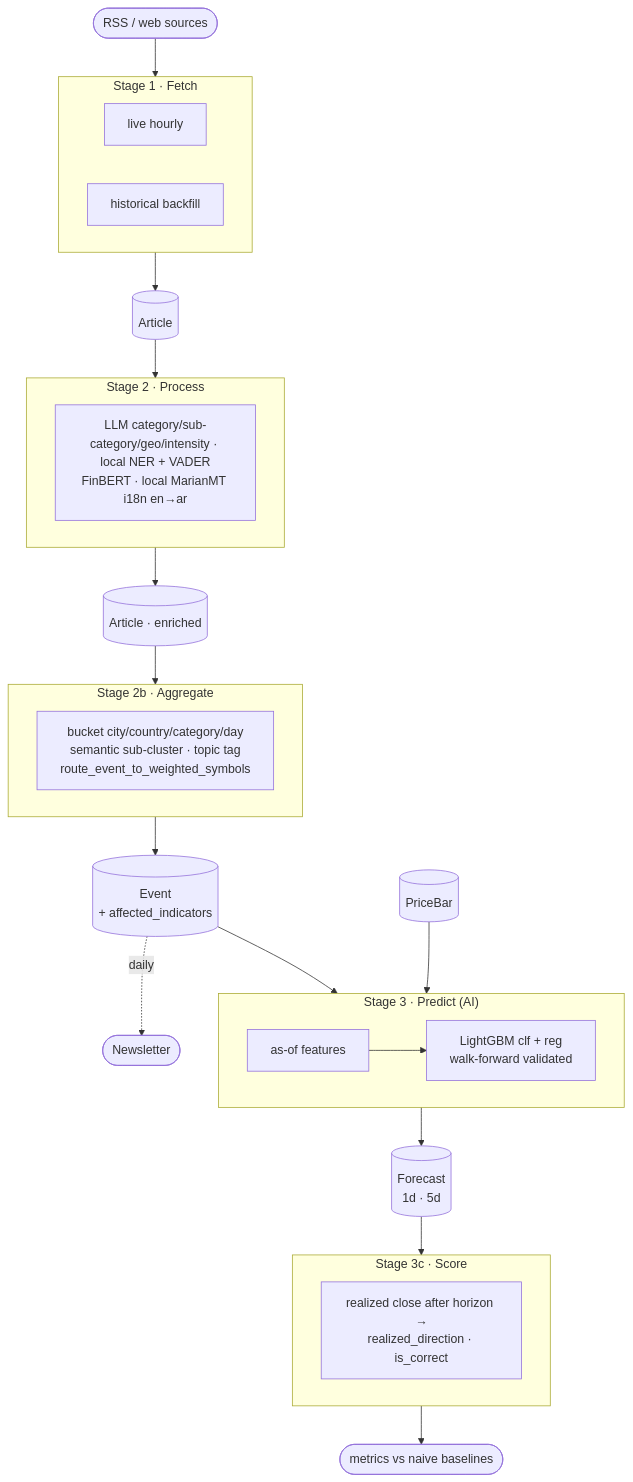
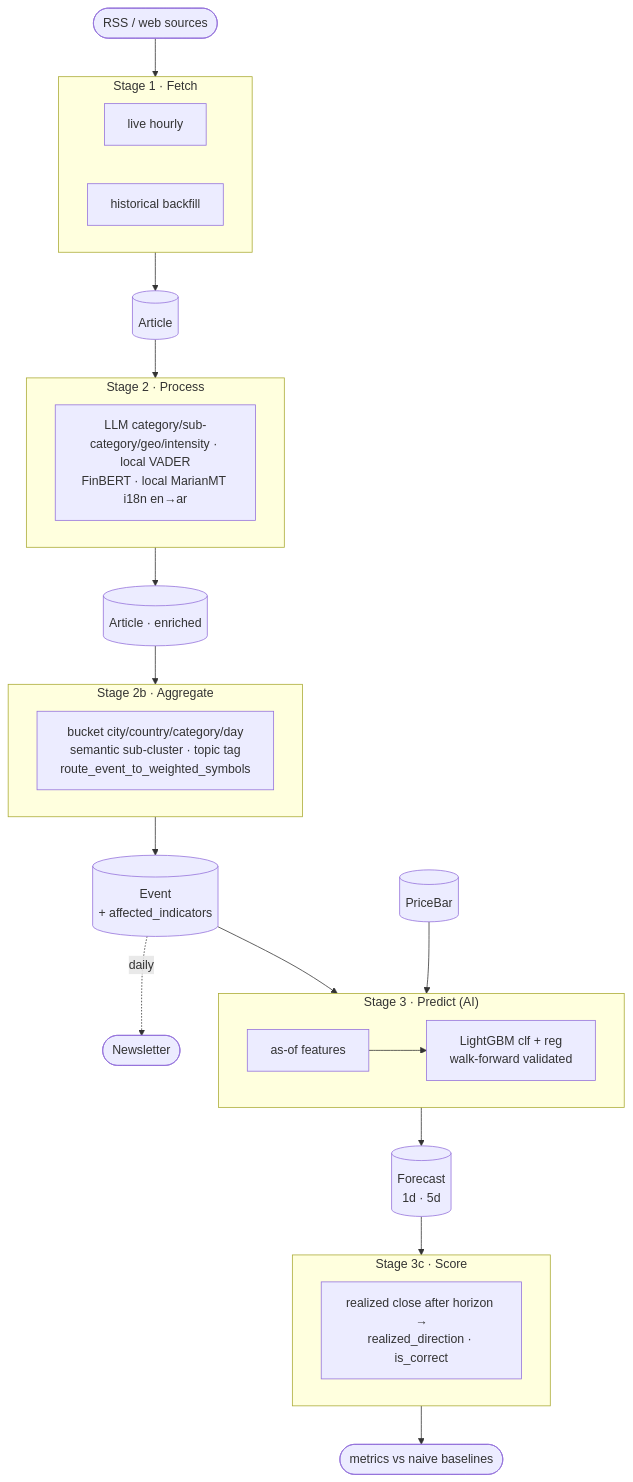
One commit to jameelhamdan/event-horizon changed the diagram in docs/README.md. Above: the diagram before and after it, drawn with Mermaid. The commit also changed other lines of this file and 22 other files, not shown here.

````diff
--- a/docs/README.md
+++ b/docs/README.md
@@ -24,37 +24,37 @@
 ```mermaid
 flowchart TD
     SRC([RSS / web sources]) --> S1
 
     subgraph S1["Stage 1 · Fetch"]
         direction LR
         LIVE[live hourly] & BACK[historical backfill]
     end
     S1 --> ART[(Article)]
 
     ART --> S2
     subgraph S2["Stage 2 · Process"]
-        NLP[LLM category/sub-category/geo/intensity · local NER + VADER<br/>FinBERT · local MarianMT i18n en→ar]
+        NLP[LLM category/sub-category/geo/intensity · local VADER<br/>FinBERT · local MarianMT i18n en→ar]
     end
     S2 --> ARTE[(Article · enriched)]
 
     ARTE --> S2B
     subgraph S2B["Stage 2b · Aggregate"]
         AGG[bucket city/country/category/day<br/>semantic sub-cluster · topic tag<br/>route_event_to_weighted_symbols]
     end
     S2B --> EVT[(Event<br/>+ affected_indicators)]
 
     EVT --> S3
     BARS[(PriceBar)] --> S3
     subgraph S3["Stage 3 · Predict (AI)"]
         FEAT[as-of features] --> V2[LightGBM clf + reg<br/>walk-forward validated]
     end
     S3 --> FC[(Forecast<br/>1d · 5d)]
 
     FC --> S3C
     subgraph S3C["Stage 3c · Score"]
         SCORE[realized close after horizon →<br/>realized_direction · is_correct]
     end
     S3C --> MET([metrics vs naive baselines])
 
     EVT -.daily.-> NL([Newsletter])
 ```
````
